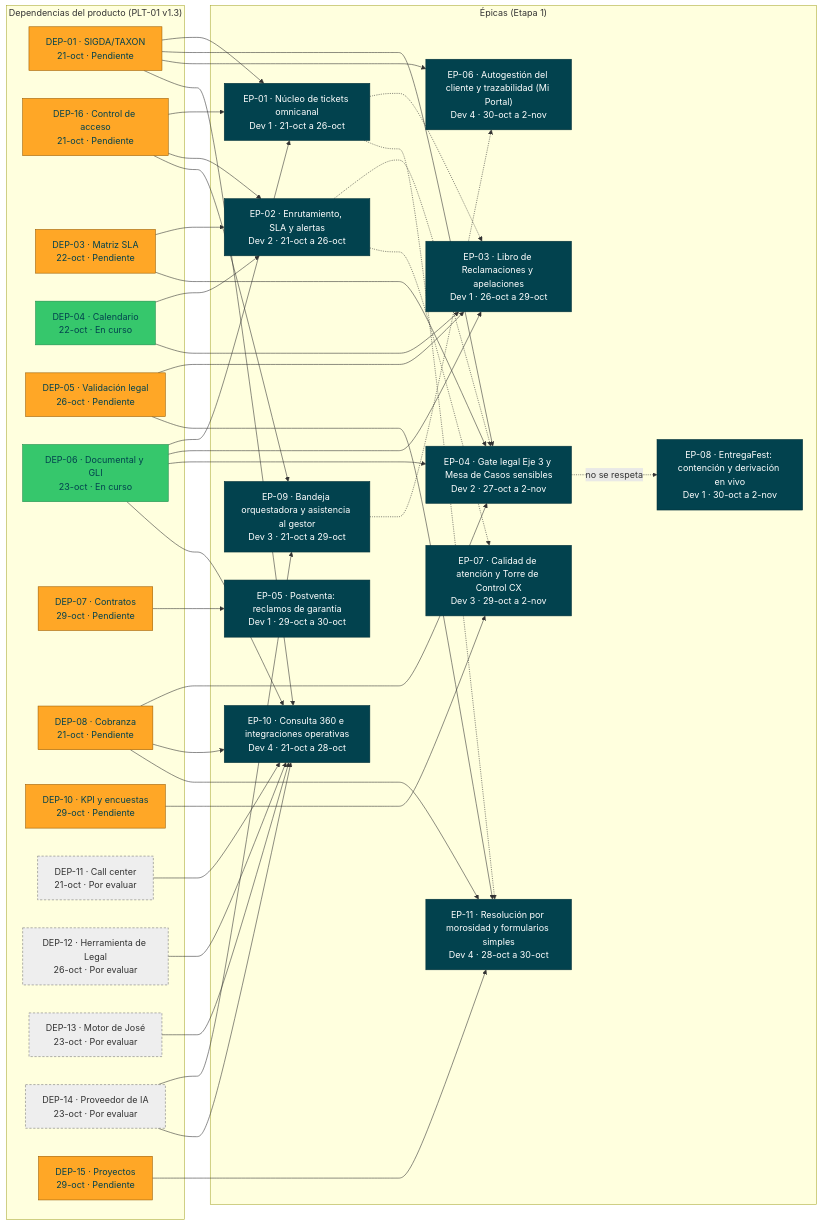
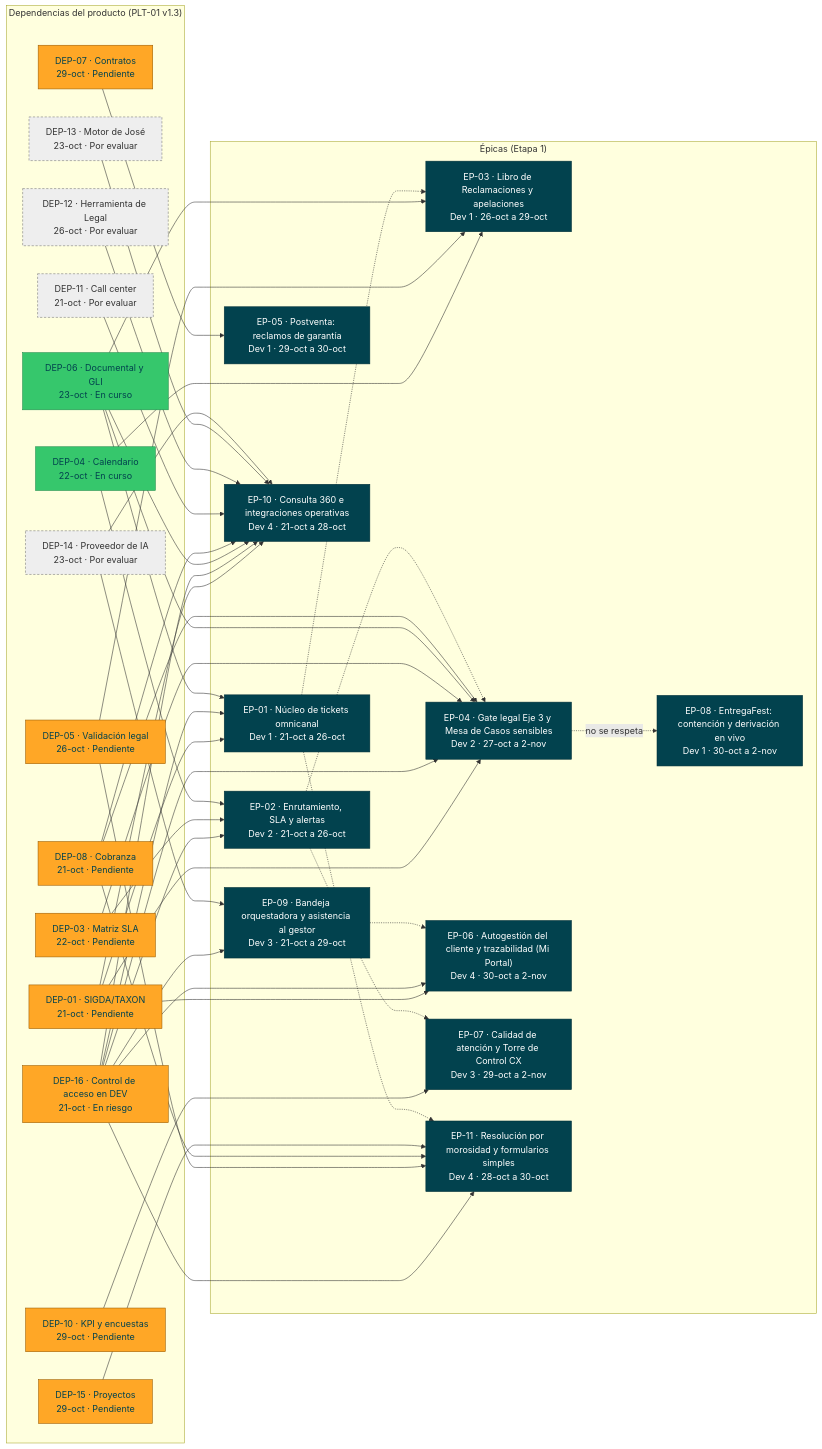
One commit to michel-poma-huachihuaco/tyc-mockup changed the diagram in propuesta-po/documentacion/paquete-definir-etapa1-v1.3/roadmap/RMP-001-roadmap-aybar-atiende.md. Above: the diagram before and after it, drawn with Mermaid. The commit also changed other lines of this file and 124 other files, not shown here.

```diff
--- a/propuesta-po/documentacion/paquete-definir-etapa1-v1.3/roadmap/RMP-001-roadmap-aybar-atiende.md
+++ b/propuesta-po/documentacion/paquete-definir-etapa1-v1.3/roadmap/RMP-001-roadmap-aybar-atiende.md
@@ -139,7 +143,7 @@
 flowchart LR
   subgraph Deps["Dependencias del producto (PLT-01 v1.3)"]
     DEP01["DEP-01 · SIGDA/TAXON<br/>21-oct · Pendiente"]
-    DEP16["DEP-16 · Control de acceso<br/>21-oct · Pendiente"]
+    DEP16["DEP-16 · Control de acceso en DEV<br/>21-oct · En riesgo"]
     DEP03["DEP-03 · Matriz SLA<br/>22-oct · Pendiente"]
     DEP04["DEP-04 · Calendario<br/>22-oct · En curso"]
     DEP05["DEP-05 · Validación legal<br/>26-oct · Pendiente"]
@@ -173,6 +177,10 @@
   DEP16 --> EPATC01
   DEP16 --> EPATC02
   DEP16 --> EPATC09
+  DEP16 --> EPATC04
+  DEP16 --> EPATC06
+  DEP16 --> EPATC10
+  DEP16 --> EPATC11
   DEP03 --> EPATC02
   DEP03 --> EPATC04
   DEP04 --> EPATC02
```
